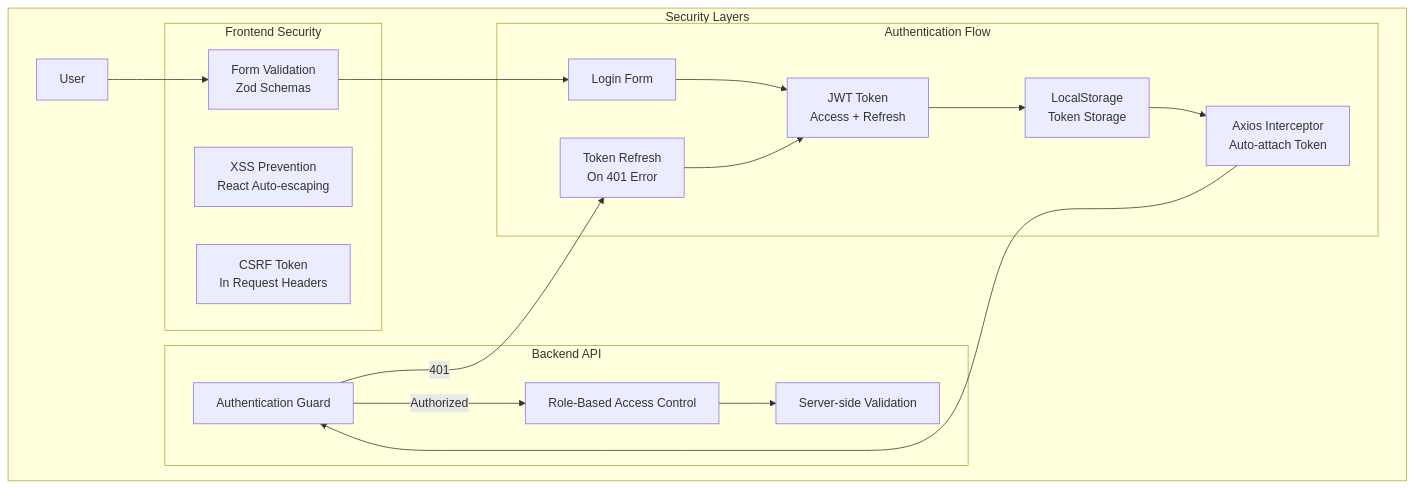
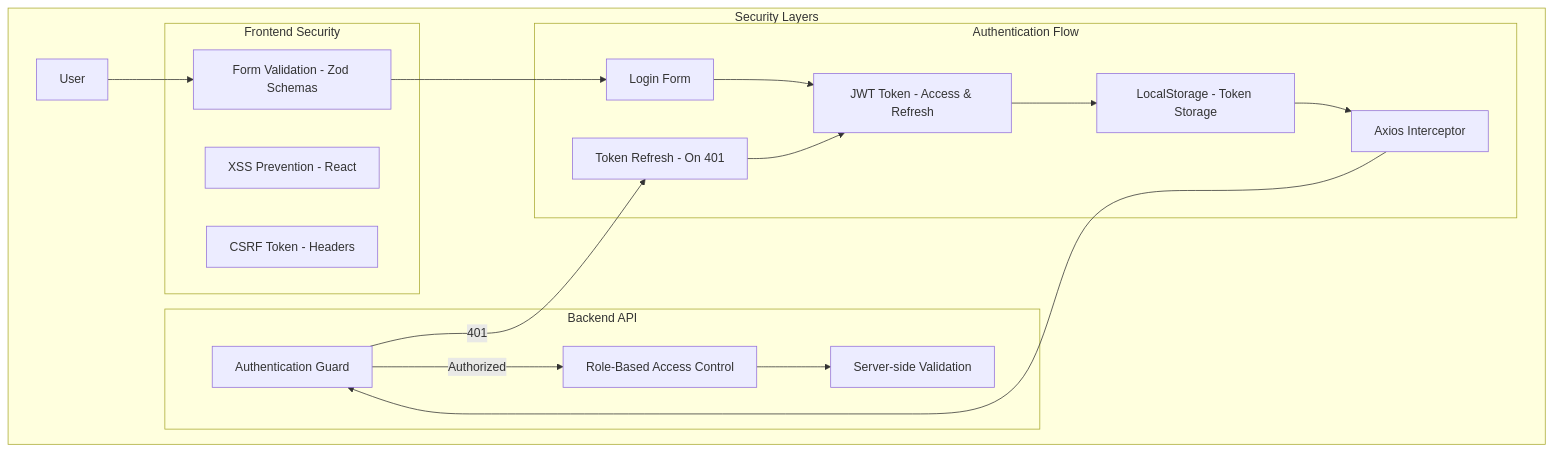
Before and after one commit to devnguyen0111/cryoweb: the seventh of 12 diagrams in ARCHITECTURE_OVERVIEW.md, drawn with Mermaid. The commit also changed other lines of this file, not shown here.

Commit message:
Refactor architecture overview: update component descriptions in diagrams for clarity and consistency, enhancing readability of the application structure and technology stack.

````diff
--- a/ARCHITECTURE_OVERVIEW.md
+++ b/ARCHITECTURE_OVERVIEW.md
@@ -379,39 +379,39 @@
 ```mermaid
 graph TB
     subgraph "Security Layers"
-        User[User]
+        User["User"]
 
         subgraph "Frontend Security"
-            FormValidation[Form Validation<br/>Zod Schemas]
-            XSSPrevention[XSS Prevention<br/>React Auto-escaping]
-            CSRFToken[CSRF Token<br/>In Request Headers]
+            FormValidation["Form Validation - Zod Schemas"]
+            XSSPrevention["XSS Prevention - React"]
+            CSRFToken["CSRF Token - Headers"]
         end
 
         subgraph "Authentication Flow"
-            Login[Login Form]
-            JWT[JWT Token<br/>Access + Refresh]
-            Storage[LocalStorage<br/>Token Storage]
-            Interceptor[Axios Interceptor<br/>Auto-attach Token]
-            RefreshLogic[Token Refresh<br/>On 401 Error]
+            Login["Login Form"]
+            JWT["JWT Token - Access & Refresh"]
+            Storage["LocalStorage - Token Storage"]
+            Interceptor["Axios Interceptor"]
+            RefreshLogic["Token Refresh - On 401"]
         end
 
         subgraph "Backend API"
-            AuthGuard[Authentication Guard]
-            RBAC[Role-Based Access Control]
-            DataValidation[Server-side Validation]
+            AuthGuard["Authentication Guard"]
+            RBAC["Role-Based Access Control"]
+            DataValidation["Server-side Validation"]
         end
 
         User --> FormValidation
         FormValidation --> Login
         Login --> JWT
         JWT --> Storage
         Storage --> Interceptor
         Interceptor --> AuthGuard
 
         AuthGuard -->|401| RefreshLogic
         RefreshLogic --> JWT
 
         AuthGuard -->|Authorized| RBAC
         RBAC --> DataValidation
     end
 ```
````
